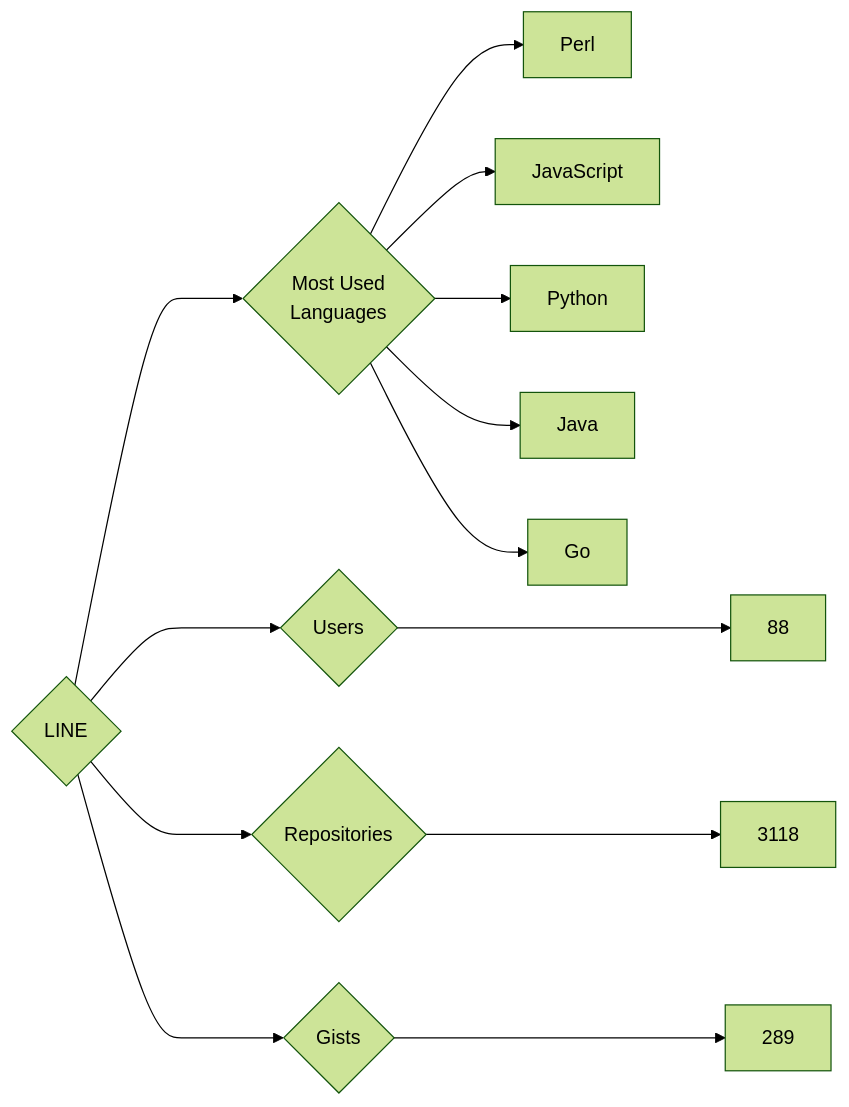
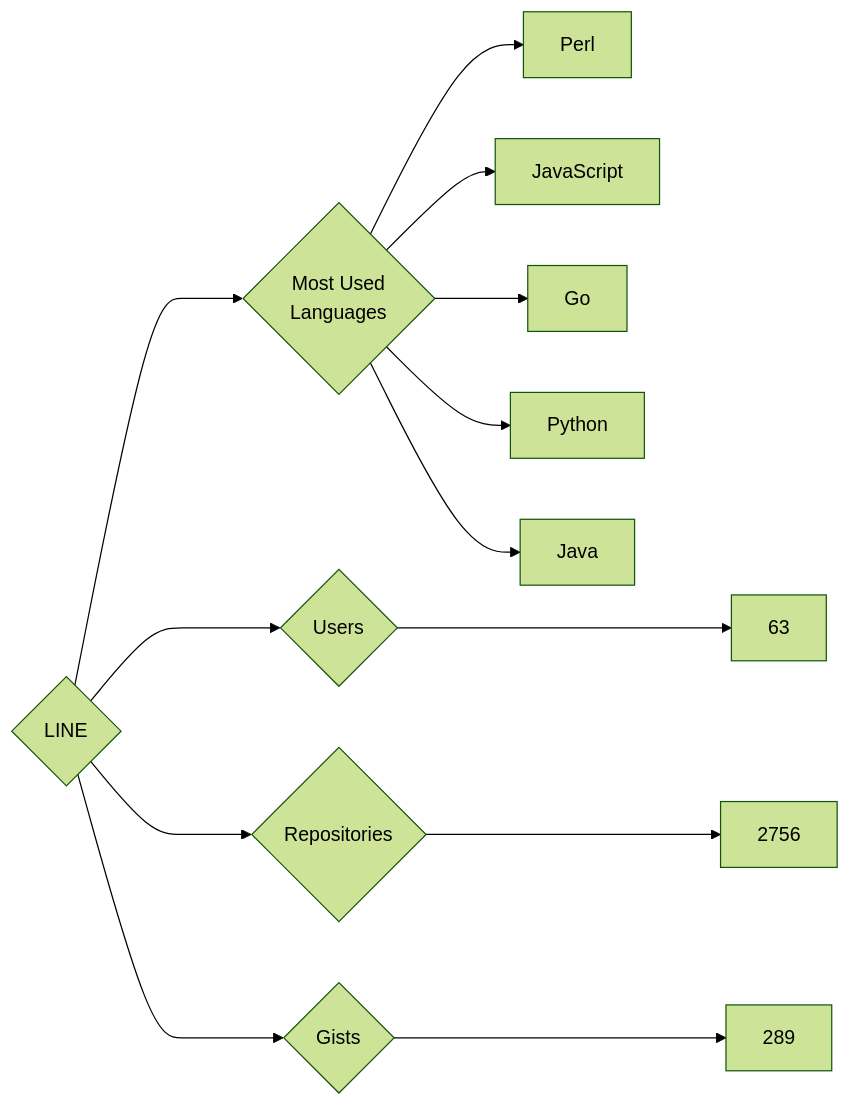
One commit to trickest/insiders changed the diagram in targets/LINE/README.md. Above: the diagram before and after it, drawn with Mermaid (forest theme). The commit also changed 914 other files, not shown here.

````diff
--- a/targets/LINE/README.md
+++ b/targets/LINE/README.md
@@ -3,13 +3,13 @@
 ```mermaid
 graph LR
 COMPANY_NAME{LINE}
-COMPANY_NAME ---> U{Users} ---> UN[88]
-COMPANY_NAME ---> R{Repositories} ---> RN[3118]
+COMPANY_NAME ---> U{Users} ---> UN[63]
+COMPANY_NAME ---> R{Repositories} ---> RN[2756]
 COMPANY_NAME ---> G{Gists} ---> GN[289]
 COMPANY_NAME ---> ML{Most Used<br>Languages}
 ML --> Perl[Perl]
 ML --> JavaScript[JavaScript]
+ML --> Go[Go]
 ML --> Python[Python]
 ML --> Java[Java]
-ML --> Go[Go]
 ```
````
